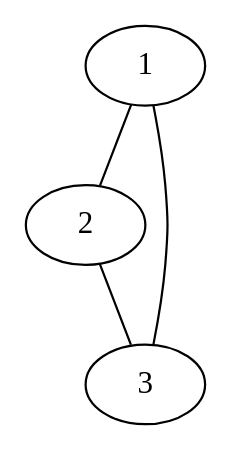
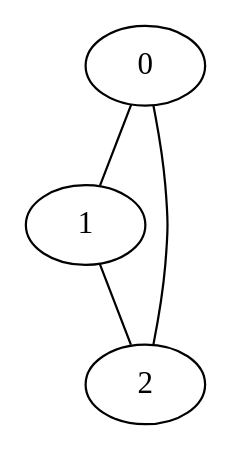
One commit to McFlip/k-automorphic-graph changed the diagram in test_k_6.dot. Above: the diagram before and after it, drawn with Graphviz. The commit also changed 8 other files, not shown here.

```diff
--- a/test_k_6.dot
+++ b/test_k_6.dot
@@ -1,8 +1,8 @@
 graph g {
+  0;
   1;
   2;
-  3;
+  0 -- 1;
   1 -- 2;
-  2 -- 3;
-  3 -- 1;
+  2 -- 0;
 }
```
